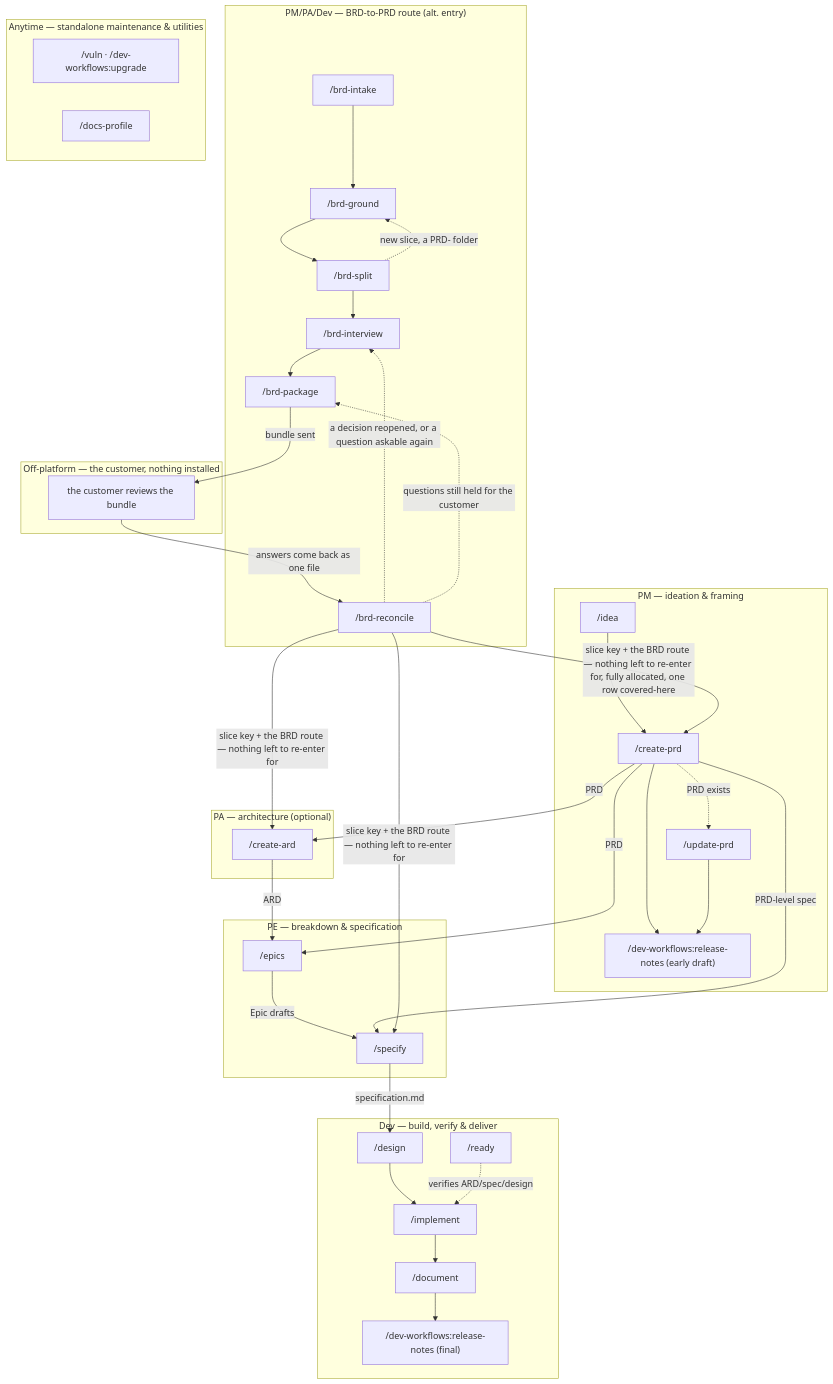
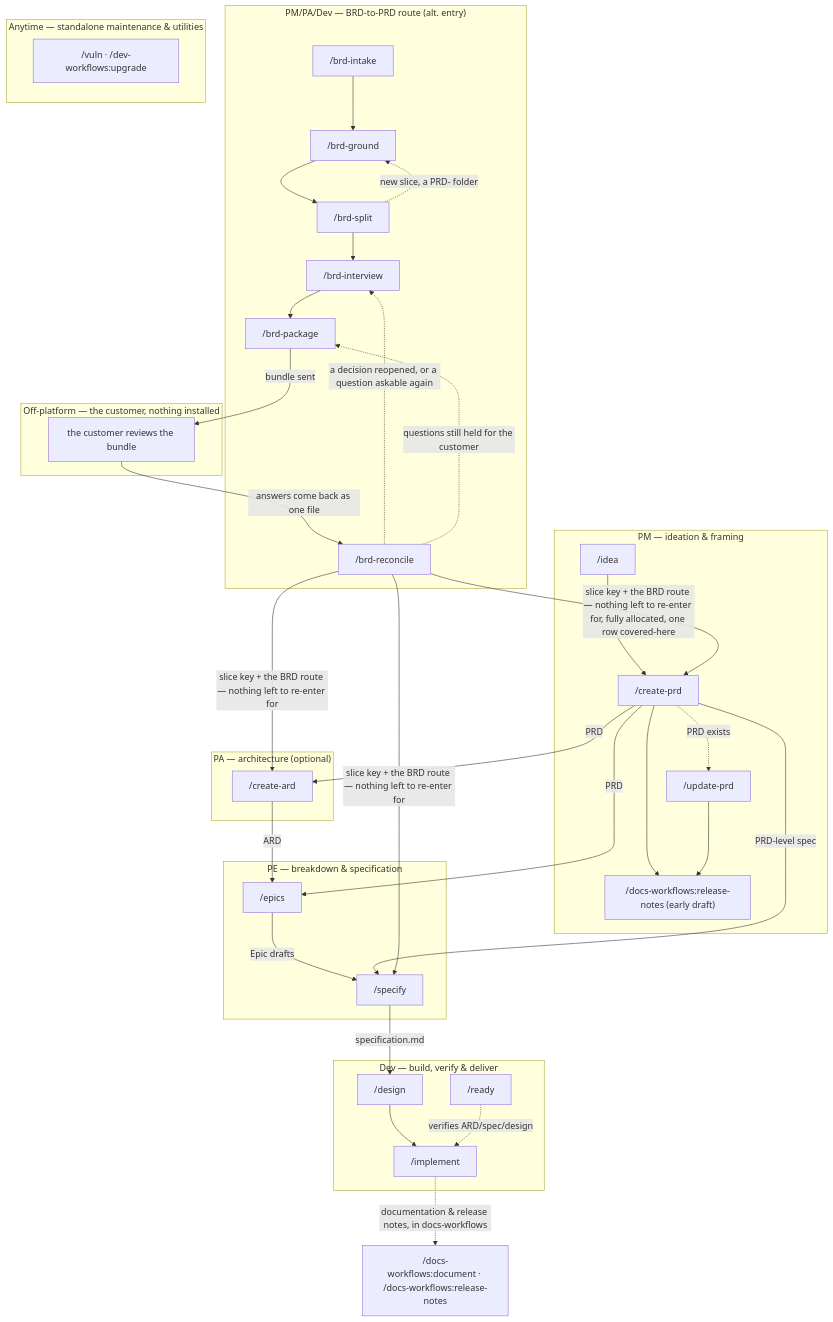
One commit to ihudak/ihudak-claude-plugins changed the diagram in plugins/dev-workflows/docs/workflow.md. Above: the diagram before and after it, drawn with Mermaid. The commit also changed other lines of this file and 69 other files, not shown here.

First line of the commit message:
feat(docs-workflows): move the documentation half in, citations and all

````diff
--- a/plugins/dev-workflows/docs/workflow.md
+++ b/plugins/dev-workflows/docs/workflow.md
@@ -5,50 +5,48 @@
 ```mermaid
 flowchart TD
     subgraph PM["PM — ideation & framing"]
         idea["/idea"] --> createvi["/create-prd"]
-        createvi --> rnpm["/dev-workflows:release-notes (early draft)"]
+        createvi --> rnpm["/docs-workflows:release-notes (early draft)"]
         createvi -.->|PRD exists| updatevi["/update-prd"]
         updatevi --> rnpm
     end
     subgraph BRD["PM/PA/Dev — BRD-to-PRD route (alt. entry)"]
         brdintake["/brd-intake"] --> brdground["/brd-ground"] --> brdsplit["/brd-split"]
         brdsplit -.->|new slice, a PRD- folder| brdground
         brdsplit --> brdinterview["/brd-interview"] --> brdpackage["/brd-package"]
         brdreconcile["/brd-reconcile"]
     end
     subgraph CUST["Off-platform — the customer, nothing installed"]
         brdreview["the customer reviews the bundle"]
     end
     subgraph PA["PA — architecture (optional)"]
         createard["/create-ard"]
     end
     subgraph PE["PE — breakdown & specification"]
         epics["/epics"]
         specify["/specify"]
     end
     subgraph DEV["Dev — build, verify & deliver"]
         design["/design"] --> implement["/implement"]
-        implement --> document["/document"]
-        document --> rndev["/dev-workflows:release-notes (final)"]
         ready["/ready"]
     end
     subgraph ANY["Anytime — standalone maintenance & utilities"]
         maint["/vuln · /dev-workflows:upgrade"]
-        tooling["/docs-profile"]
     end
 
     createvi -->|PRD| createard
     createvi -->|PRD| epics
     createard -->|ARD| epics
     epics -->|Epic drafts| specify
     createvi -->|PRD-level spec| specify
     specify -->|specification.md| design
     ready -. verifies ARD/spec/design .-> implement
     brdpackage -->|bundle sent| brdreview
     brdreview -->|answers come back as one file| brdreconcile
     brdreconcile -.->|a decision reopened, or a question askable again| brdinterview
     brdreconcile -.->|questions still held for the customer| brdpackage
     brdreconcile -->|slice key + the BRD route — nothing left to re-enter for, fully allocated, one row covered-here| createvi
     brdreconcile -->|slice key + the BRD route — nothing left to re-enter for| createard
     brdreconcile -->|slice key + the BRD route — nothing left to re-enter for| specify
+    implement -.->|documentation & release notes, in docs-workflows| docsplugin["/docs-workflows:document · /docs-workflows:release-notes"]
 ```
````
